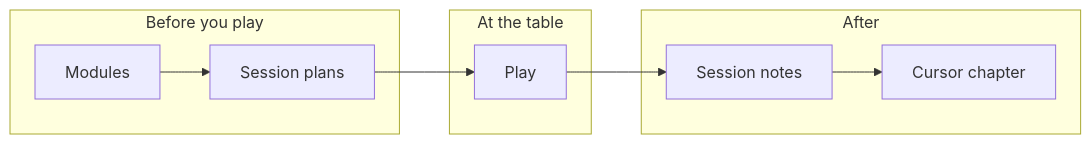
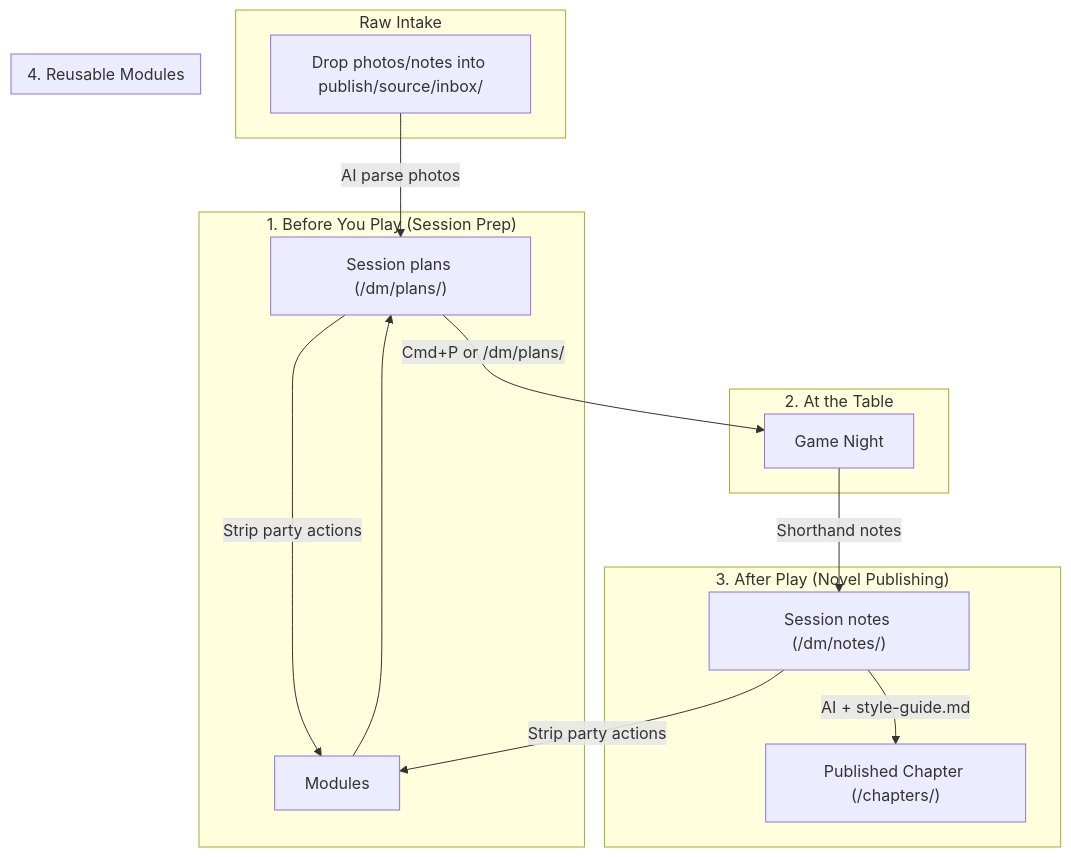
Before and after one commit to Twoshedzz/RuinsOfEthium: the diagram in publish/source/WORKFLOW.md, drawn with Mermaid. The commit also changed other lines of this file and 15 other files, not shown here.

````diff
--- a/publish/source/WORKFLOW.md
+++ b/publish/source/WORKFLOW.md
@@ -26,18 +26,24 @@
 ```mermaid
-flowchart LR
-  subgraph before [Before you play]
-    Modules[Modules]
-    Plans[Session plans]
+flowchart TD
+  subgraph Intake ["Raw Intake"]
+    Inbox["Drop photos/notes into publish/source/inbox/"]
   end
-  subgraph table [At the table]
-    Play[Play]
+
+  subgraph Before ["1. Before You Play (Session Prep)"]
+    Modules["Modules"] --> Plans["Session plans (/dm/plans/)"]
+    Inbox -->|AI parse photos| Plans
   end
-  subgraph after [After]
-    Notes[Session notes]
-    Chapter[Cursor chapter]
+
+  subgraph Table ["2. At the Table"]
+    Plans -->|Cmd+P or /dm/plans/| Play["Game Night"]
   end
-  Modules --> Plans
-  Plans --> Play
-  Play --> Notes
-  Notes --> Chapter
+
+  subgraph After ["3. After Play (Novel Publishing)"]
+    Play -->|Shorthand notes| Notes["Session notes (/dm/notes/)"]
+    Notes -->|AI + style-guide.md| Chapter["Published Chapter (/chapters/)"]
+  end
+
+  subgraph Distill ["4. Reusable Modules"]
+    Plans & Notes -->|Strip party actions| Modules
+  end
 ```
````
